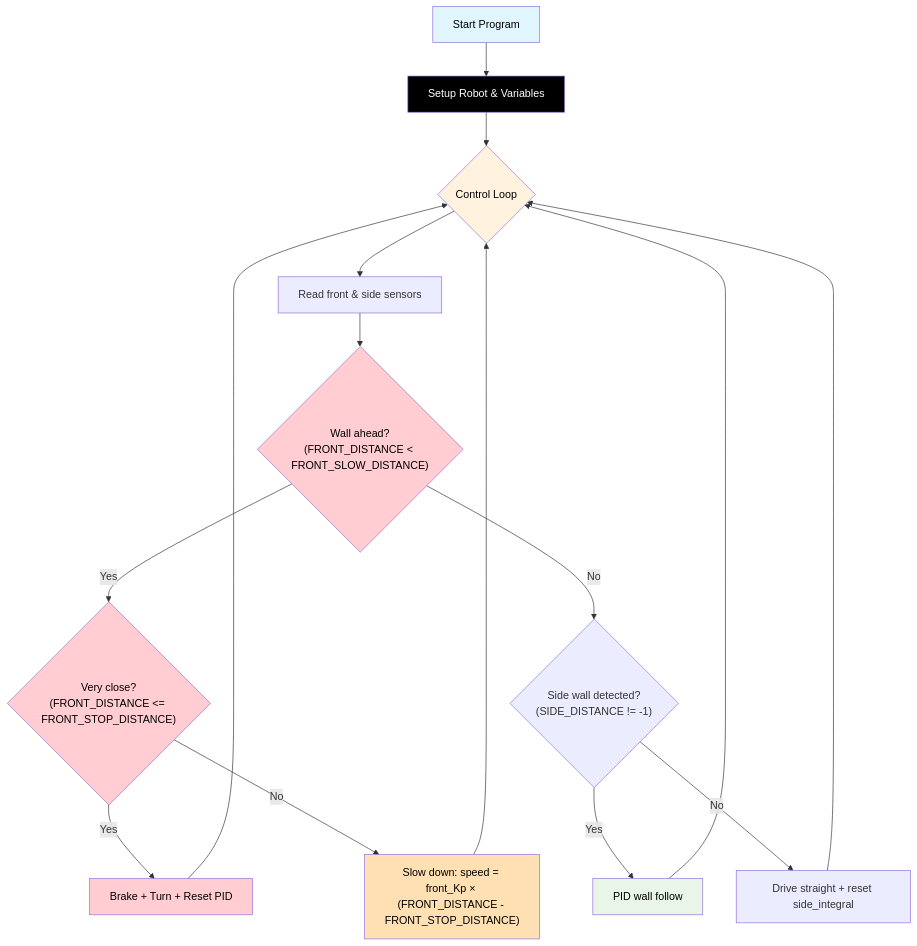
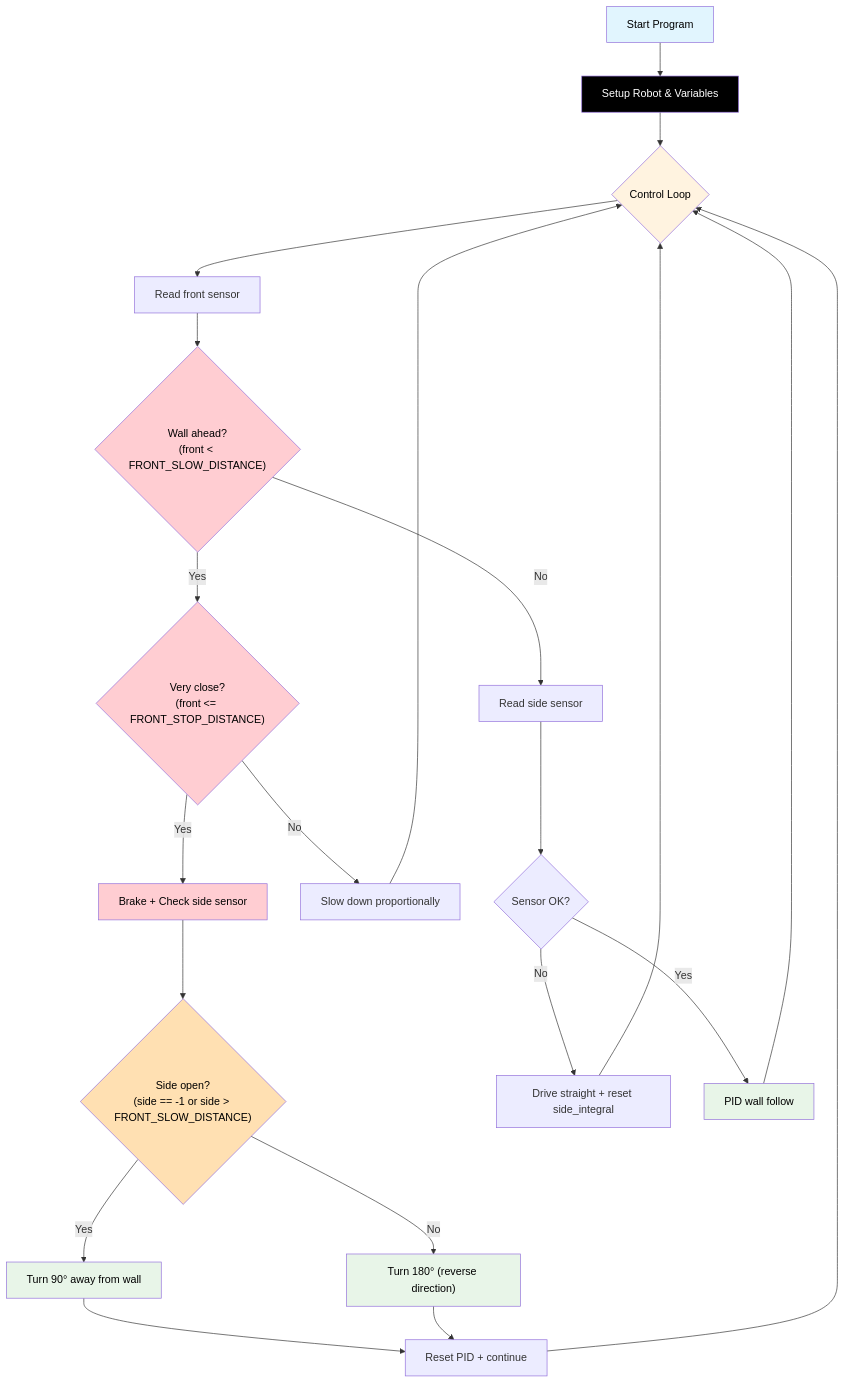
One commit to TempeHS/RP2040_Competition_Robot changed the diagram in docs/Challenge_5.md. Above: the diagram before and after it, drawn with Mermaid. The commit also changed other lines of this file and 36 other files, not shown here.

````diff
--- a/docs/Challenge_5.md
+++ b/docs/Challenge_5.md
@@ -29,26 +29,34 @@
 ```mermaid
 flowchart TD
     A[Start Program] --> B[Setup Robot & Variables]
     B --> C{Control Loop}
-    C --> D[Read front & side sensors]
-    D --> E{"Wall ahead?<br>(FRONT_DISTANCE < FRONT_SLOW_DISTANCE)"}
-    E -- Yes --> F{"Very close?<br>(FRONT_DISTANCE <= FRONT_STOP_DISTANCE)"}
-    F -- Yes --> G[Brake + Turn + Reset PID]
-    G --> C
-    F -- No --> H["Slow down: speed = front_Kp × (FRONT_DISTANCE - FRONT_STOP_DISTANCE)"]
-    H --> C
-    E -- No --> I{"Side wall detected?<br>(SIDE_DISTANCE != -1)"}
-    I -- Yes --> J[PID wall follow]
-    J --> C
-    I -- No --> K[Drive straight + reset side_integral]
+    C --> D[Read front sensor]
+    D --> E{"Wall ahead?<br>(front < FRONT_SLOW_DISTANCE)"}
+    E -- Yes --> F{"Very close?<br>(front <= FRONT_STOP_DISTANCE)"}
+    F -- Yes --> G[Brake + Check side sensor]
+    G --> H{"Side open?<br>(side == -1 or side > FRONT_SLOW_DISTANCE)"}
+    H -- Yes --> I["Turn 90° away from wall"]
+    H -- No --> J["Turn 180° (reverse direction)"]
+    I --> K[Reset PID + continue]
+    J --> K
     K --> C
+    F -- No --> L["Slow down proportionally"]
+    L --> C
+    E -- No --> M[Read side sensor]
+    M --> N{Sensor OK?}
+    N -- No --> O[Drive straight + reset side_integral]
+    O --> C
+    N -- Yes --> P[PID wall follow]
+    P --> C
 
     style A fill:#e1f5fe,color:#000000
     style B fill:#000000,color:#ffffff
     style C fill:#fff3e0,color:#000000
     style E fill:#ffcdd2,color:#000000
     style F fill:#ffcdd2,color:#000000
     style G fill:#ffcdd2,color:#000000
     style H fill:#ffe0b2,color:#000000
+    style I fill:#e8f5e8,color:#000000
     style J fill:#e8f5e8,color:#000000
+    style P fill:#e8f5e8,color:#000000
 ```
````
